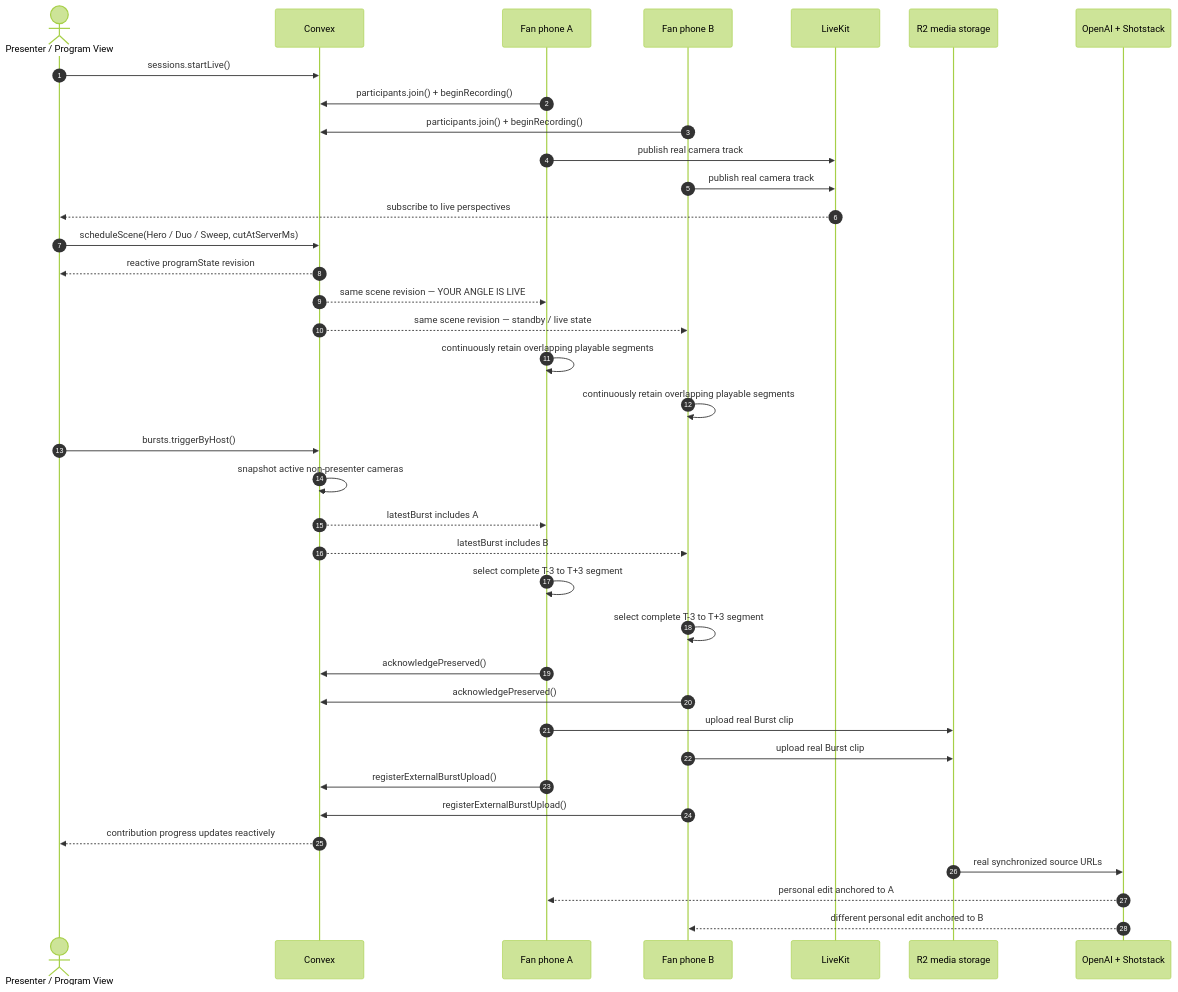
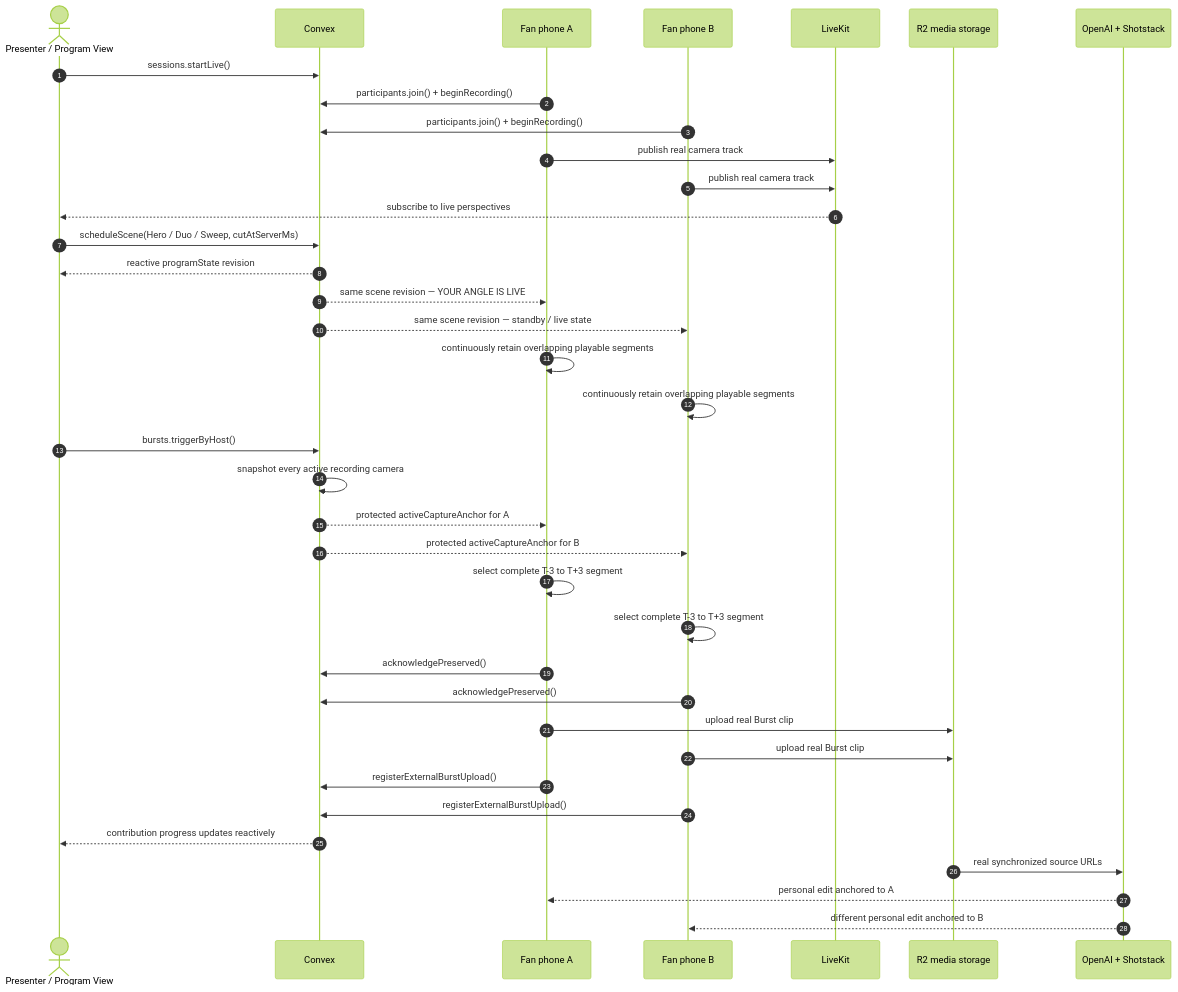
Before and after one commit to ElijahUmana/ManyVue: the second of 2 diagrams in README.md, drawn with Mermaid (forest theme). The commit also changed other lines of this file and 4 other files, not shown here.

Commit message:
Isolate Burst capture and save every live angle

````diff
--- a/README.md
+++ b/README.md
@@ -180,43 +187,43 @@
 ```mermaid
 sequenceDiagram
   autonumber
   actor Host as Presenter / Program View
   participant C as Convex
   participant A as Fan phone A
   participant B as Fan phone B
   participant L as LiveKit
   participant R as R2 media storage
   participant AI as OpenAI + Shotstack
 
   Host->>C: sessions.startLive()
   A->>C: participants.join() + beginRecording()
   B->>C: participants.join() + beginRecording()
   A->>L: publish real camera track
   B->>L: publish real camera track
   L-->>Host: subscribe to live perspectives
 
   Host->>C: scheduleScene(Hero / Duo / Sweep, cutAtServerMs)
   C-->>Host: reactive programState revision
   C-->>A: same scene revision — YOUR ANGLE IS LIVE
   C-->>B: same scene revision — standby / live state
 
   A->>A: continuously retain overlapping playable segments
   B->>B: continuously retain overlapping playable segments
   Host->>C: bursts.triggerByHost()
-  C->>C: snapshot active non-presenter cameras
-  C-->>A: latestBurst includes A
-  C-->>B: latestBurst includes B
+  C->>C: snapshot every active recording camera
+  C-->>A: protected activeCaptureAnchor for A
+  C-->>B: protected activeCaptureAnchor for B
   A->>A: select complete T-3 to T+3 segment
   B->>B: select complete T-3 to T+3 segment
   A->>C: acknowledgePreserved()
   B->>C: acknowledgePreserved()
   A->>R: upload real Burst clip
   B->>R: upload real Burst clip
   A->>C: registerExternalBurstUpload()
   B->>C: registerExternalBurstUpload()
   C-->>Host: contribution progress updates reactively
 
   R->>AI: real synchronized source URLs
   AI-->>A: personal edit anchored to A
   AI-->>B: different personal edit anchored to B
 ```
````
